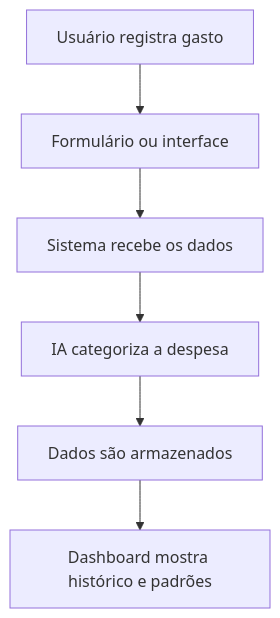
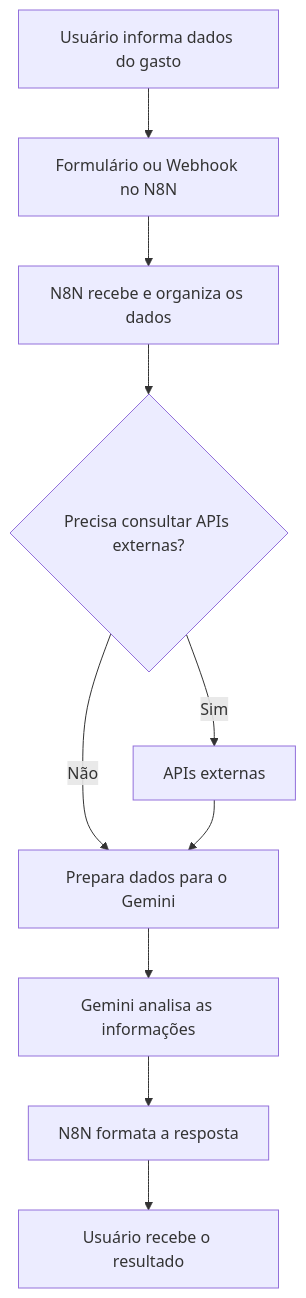
One commit to izabellevitorias/assistente-financeiro changed the diagram in README.md. Above: the diagram before and after it, drawn with Mermaid. The commit also changed other lines of this file, not shown here.

Commit message:
docs: atualiza README com descrição e diagrama Mermaid

````diff
--- a/README.md
+++ b/README.md
@@ -16,8 +23,12 @@
 ```mermaid
 flowchart TD
-    A[Usuário registra gasto] --> B[Formulário ou interface]
-    B --> C[Sistema recebe os dados]
-    C --> D[IA categoriza a despesa]
-    D --> E[Dados são armazenados]
-    E --> F[Dashboard mostra histórico e padrões]
+    A[Usuário informa dados do gasto] --> B[Formulário ou Webhook no N8N]
+    B --> C[N8N recebe e organiza os dados]
+    C --> D{Precisa consultar APIs externas?}
+    D -->|Sim| E[APIs externas]
+    D -->|Não| F[Prepara dados para o Gemini]
+    E --> F[Prepara dados para o Gemini]
+    F --> G[Gemini analisa as informações]
+    G --> H[N8N formata a resposta]
+    H --> I[Usuário recebe o resultado]
 ```
````
